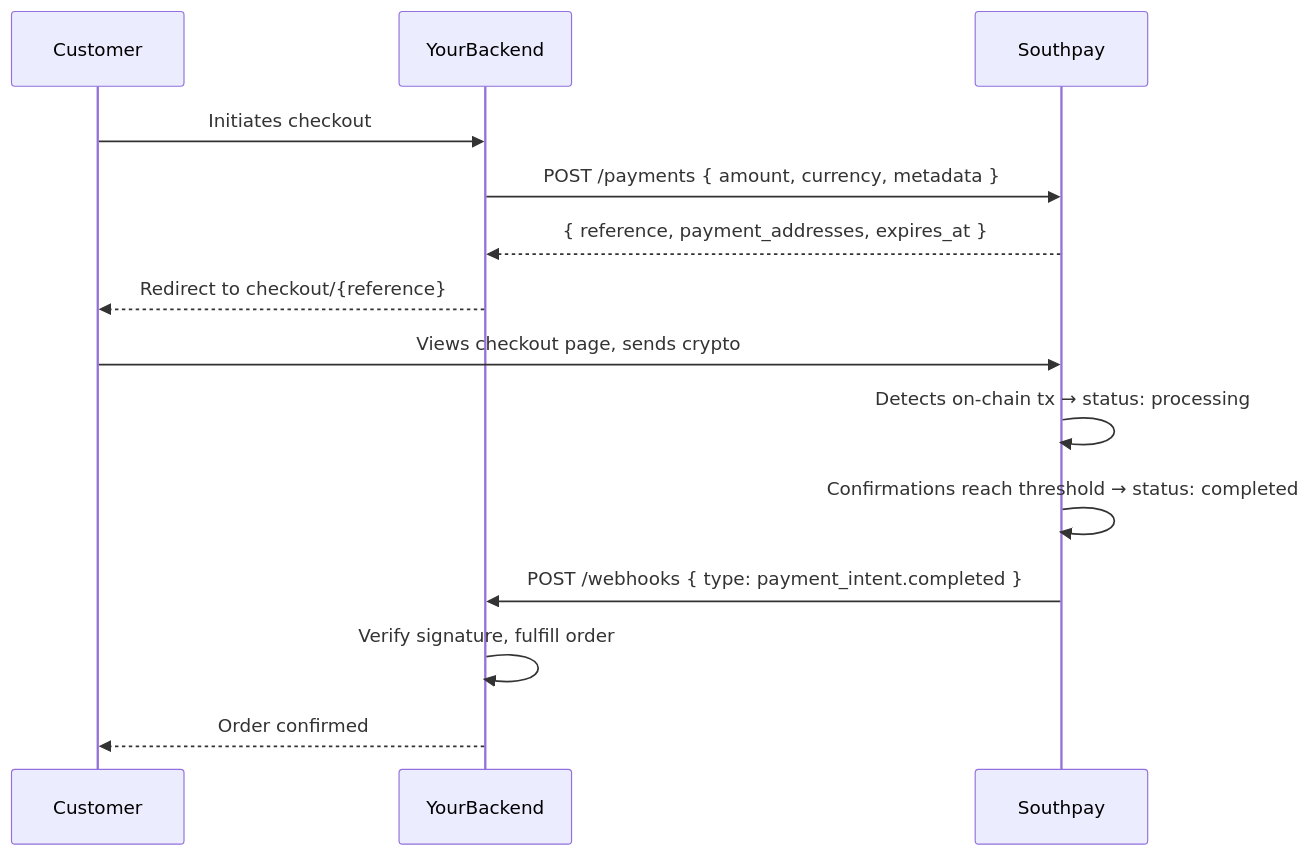
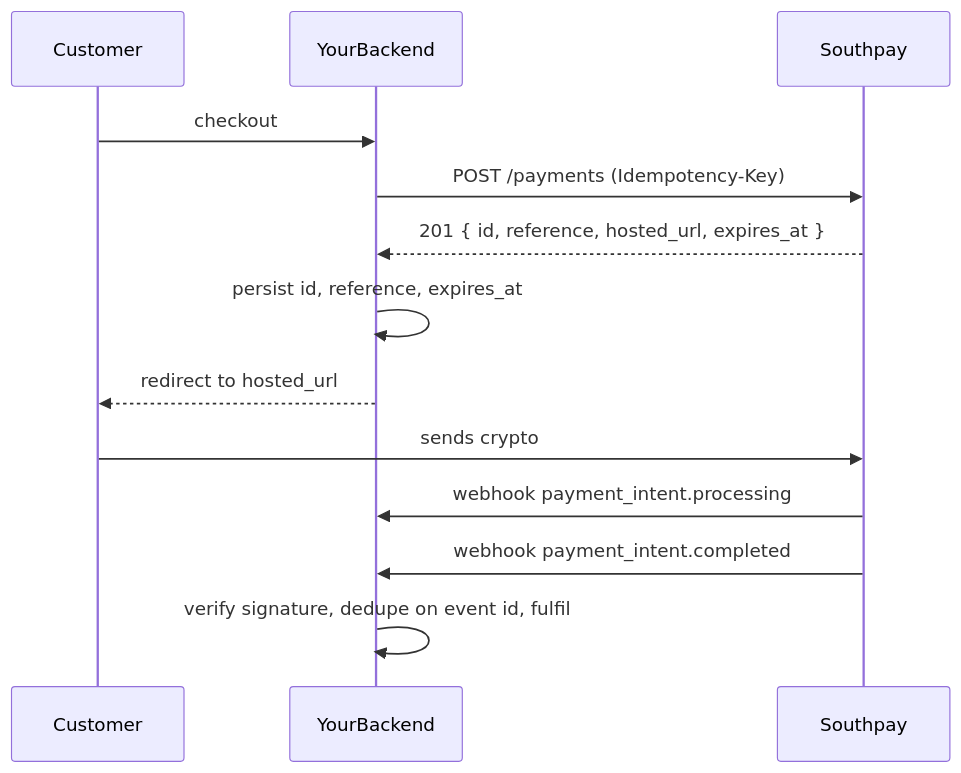
The diagram in payment-intents.mdx (southpay/docs), drawn with Mermaid before and after one commit. The commit also changed other lines of this file and 37 other files, not shown here.

````diff
--- a/payment-intents.mdx
+++ b/payment-intents.mdx
@@ -295,18 +354,17 @@
 ```mermaid
 sequenceDiagram
   participant Customer
   participant YourBackend
   participant Southpay
 
-  Customer->>YourBackend: Initiates checkout
-  YourBackend->>Southpay: POST /payments { amount, currency, metadata }
-  Southpay-->>YourBackend: { reference, payment_addresses, expires_at }
-  YourBackend-->>Customer: Redirect to checkout/{reference}
+  Customer->>YourBackend: checkout
+  YourBackend->>Southpay: POST /payments (Idempotency-Key)
+  Southpay-->>YourBackend: 201 { id, reference, hosted_url, expires_at }
+  YourBackend->>YourBackend: persist id, reference, expires_at
+  YourBackend-->>Customer: redirect to hosted_url
 
-  Customer->>Southpay: Views checkout page, sends crypto
-  Southpay->>Southpay: Detects on-chain tx → status: processing
-  Southpay->>Southpay: Confirmations reach threshold → status: completed
-  Southpay->>YourBackend: POST /webhooks { type: payment_intent.completed }
-  YourBackend->>YourBackend: Verify signature, fulfill order
-  YourBackend-->>Customer: Order confirmed
+  Customer->>Southpay: sends crypto
+  Southpay->>YourBackend: webhook payment_intent.processing
+  Southpay->>YourBackend: webhook payment_intent.completed
+  YourBackend->>YourBackend: verify signature, dedupe on event id, fulfil
 ```
````
